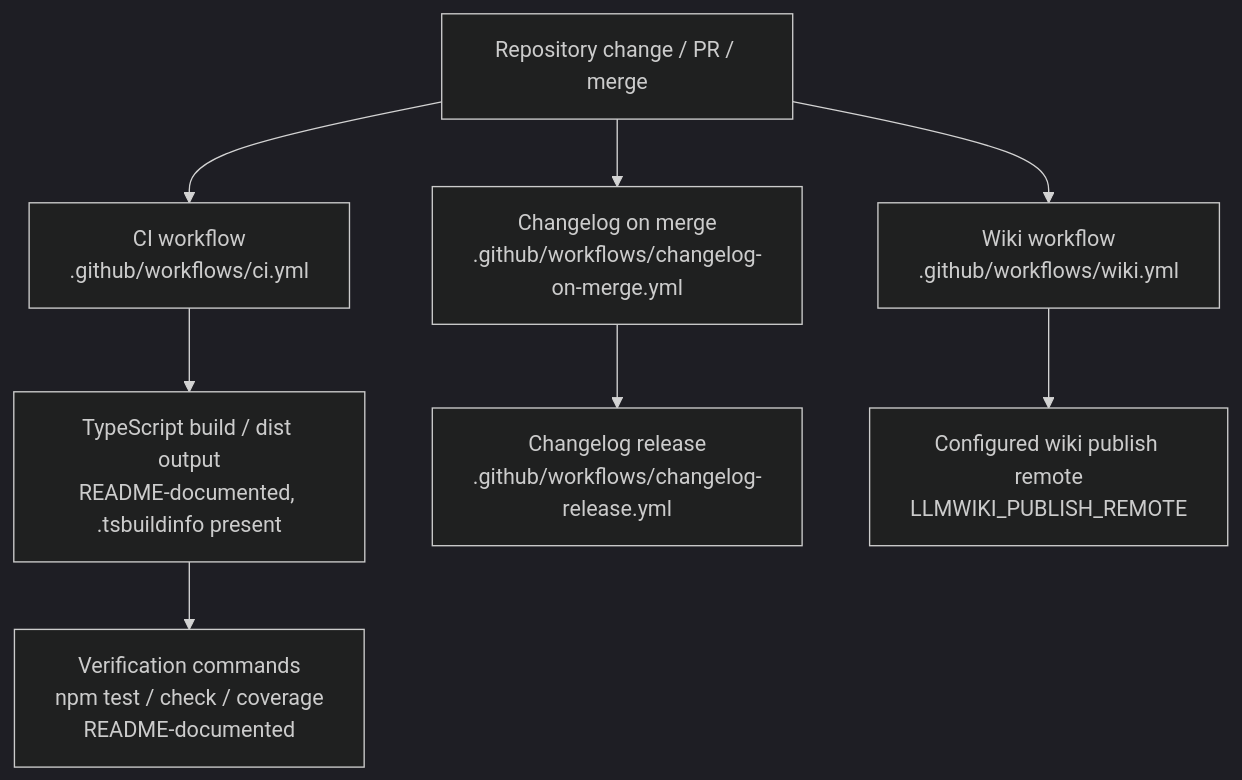
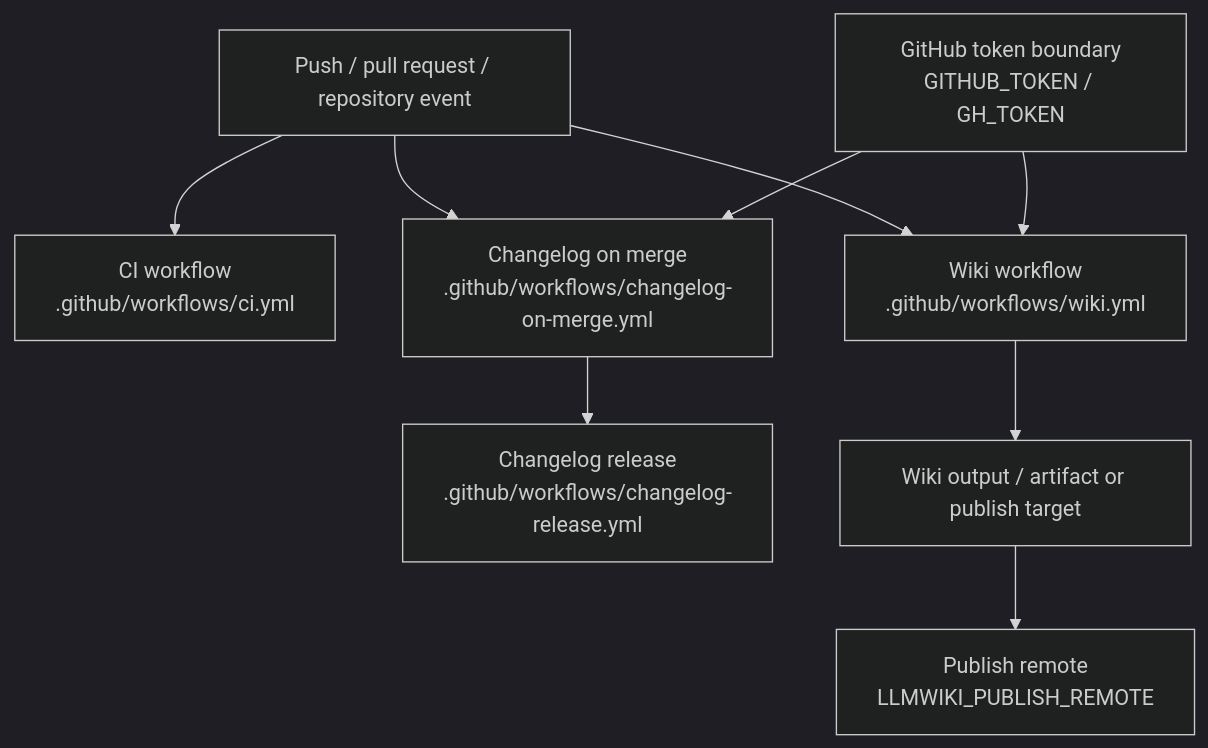
Before and after one commit to mfittko/repo-wiki: the fourth of 4 diagrams in Architecture.md, drawn with Mermaid (dark theme). The commit also changed other lines of this file and 43 other files, not shown here.

Commit message:
Compile repository wiki 2026-05-13T12:54:49.854Z

````diff
--- a/Architecture.md
+++ b/Architecture.md
@@ -308,19 +228,20 @@
 ```mermaid
 flowchart TD
-  Change["Repository change / PR / merge"]
+  PushPR["Push / pull request / repository event"]
   CI["CI workflow<br/>.github/workflows/ci.yml"]
-  LocalBuild["TypeScript build / dist output<br/>README-documented, .tsbuildinfo present"]
-  Tests["Verification commands<br/>npm test / check / coverage<br/>README-documented"]
-  WikiWorkflow["Wiki workflow<br/>.github/workflows/wiki.yml"]
+  WikiWF["Wiki workflow<br/>.github/workflows/wiki.yml"]
   ChangelogMerge["Changelog on merge<br/>.github/workflows/changelog-on-merge.yml"]
   ChangelogRelease["Changelog release<br/>.github/workflows/changelog-release.yml"]
-  WikiRemote["Configured wiki publish remote<br/>LLMWIKI_PUBLISH_REMOTE"]
+  WikiArtifact["Wiki output / artifact or publish target"]
+  PublishRemote["Publish remote<br/>LLMWIKI_PUBLISH_REMOTE"]
+  GitHubToken["GitHub token boundary<br/>GITHUB_TOKEN / GH_TOKEN"]
 
-  Change --> CI
-  CI --> LocalBuild
-  LocalBuild --> Tests
-  Change --> WikiWorkflow
-  WikiWorkflow --> WikiRemote
-  Change --> ChangelogMerge
+  PushPR --> CI
+  PushPR --> WikiWF
+  PushPR --> ChangelogMerge
   ChangelogMerge --> ChangelogRelease
+  GitHubToken --> WikiWF
+  GitHubToken --> ChangelogMerge
+  WikiWF --> WikiArtifact
+  WikiArtifact --> PublishRemote
 ```
````
